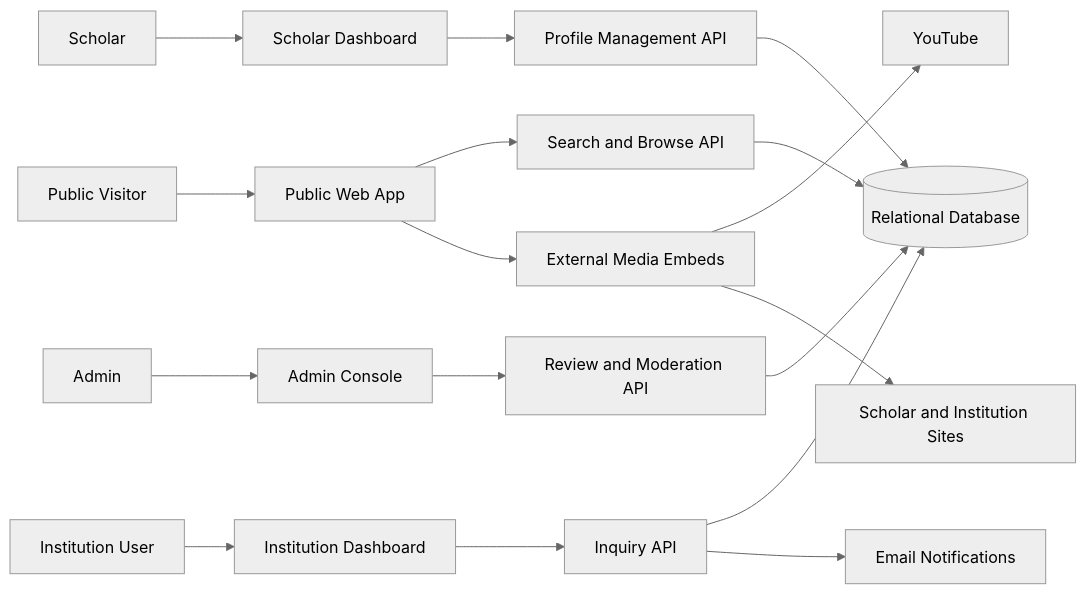
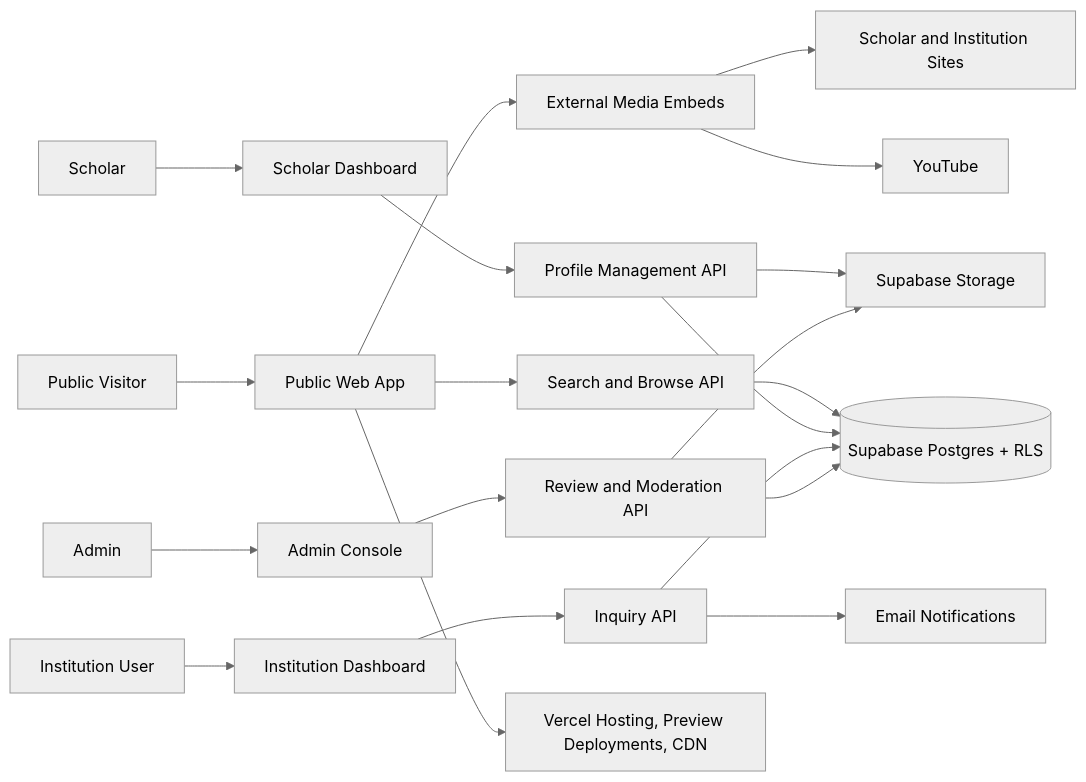
Before and after one commit to ricardojjulia/FaithFullScholars: the diagram in docs/architecture/architecture-review.md, drawn with Mermaid (neutral theme). The commit also changed other lines of this file and 11 other files, not shown here.

Commit message:
docs: set Vercel and Supabase platform baseline

````diff
--- a/docs/architecture/architecture-review.md
+++ b/docs/architecture/architecture-review.md
@@ -9,23 +9,26 @@
 ```mermaid
 flowchart LR
   Visitor["Public Visitor"] --> PublicWeb["Public Web App"]
   Scholar["Scholar"] --> ScholarDash["Scholar Dashboard"]
   Institution["Institution User"] --> InstitutionDash["Institution Dashboard"]
   Admin["Admin"] --> AdminDash["Admin Console"]
 
   PublicWeb --> Search["Search and Browse API"]
   ScholarDash --> ProfileAPI["Profile Management API"]
   InstitutionDash --> InquiryAPI["Inquiry API"]
   AdminDash --> ReviewAPI["Review and Moderation API"]
 
-  Search --> DB[("Relational Database")]
+  Search --> DB[("Supabase Postgres + RLS")]
   ProfileAPI --> DB
   InquiryAPI --> DB
   ReviewAPI --> DB
+  ProfileAPI --> Storage["Supabase Storage"]
+  ReviewAPI --> Storage
 
   PublicWeb --> MediaEmbed["External Media Embeds"]
   MediaEmbed --> YouTube["YouTube"]
   MediaEmbed --> ExternalSites["Scholar and Institution Sites"]
 
   InquiryAPI --> Notifications["Email Notifications"]
+  PublicWeb --> Vercel["Vercel Hosting, Preview Deployments, CDN"]
 ```
````
